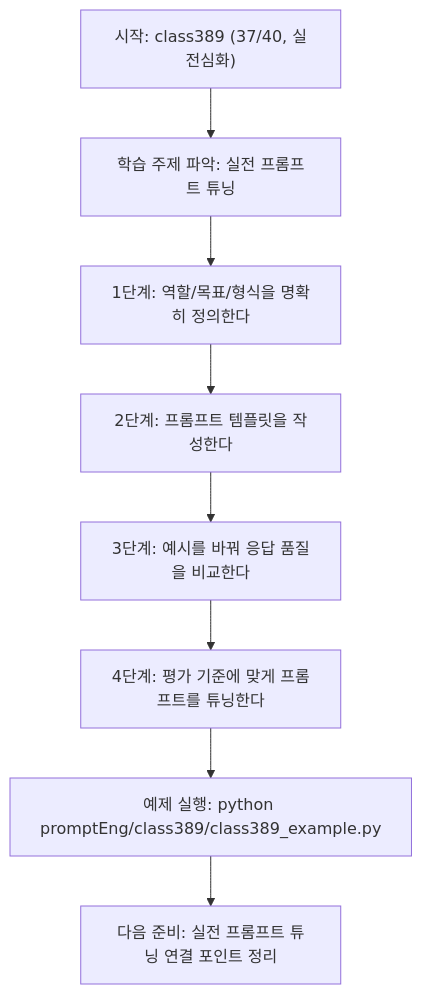
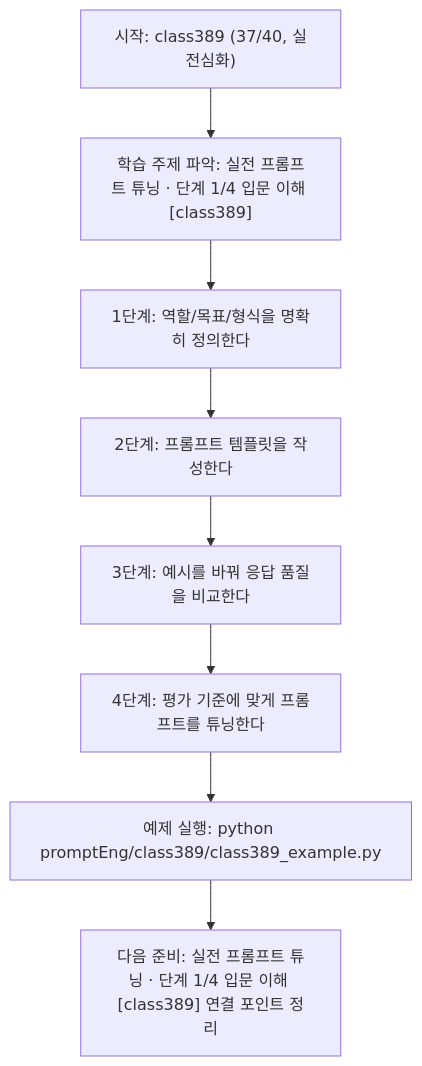
Before and after one commit to edumgt/Python-AI_Agent-Class: the diagram in promptEng/class389/class389.md, drawn with Mermaid. The commit also changed other lines of this file and 522 other files, not shown here.

````diff
--- a/promptEng/class389/class389.md
+++ b/promptEng/class389/class389.md
@@ -109,18 +110,18 @@
 ```mermaid
 flowchart TD
 N1["시작: class389 (37/40, 실전심화)"]
-N2["학습 주제 파악: 실전 프롬프트 튜닝"]
+N2["학습 주제 파악: 실전 프롬프트 튜닝 · 단계 1/4 입문 이해 [class389]"]
 N3["1단계: 역할/목표/형식을 명확히 정의한다"]
 N4["2단계: 프롬프트 템플릿을 작성한다"]
 N5["3단계: 예시를 바꿔 응답 품질을 비교한다"]
 N6["4단계: 평가 기준에 맞게 프롬프트를 튜닝한다"]
 N7["예제 실행: python promptEng/class389/class389_example.py"]
-N8["다음 준비: 실전 프롬프트 튜닝 연결 포인트 정리"]
+N8["다음 준비: 실전 프롬프트 튜닝 · 단계 1/4 입문 이해 [class389] 연결 포인트 정리"]
 N1 --> N2
 N2 --> N3
 N3 --> N4
 N4 --> N5
 N5 --> N6
 N6 --> N7
 N7 --> N8
 ```
````
